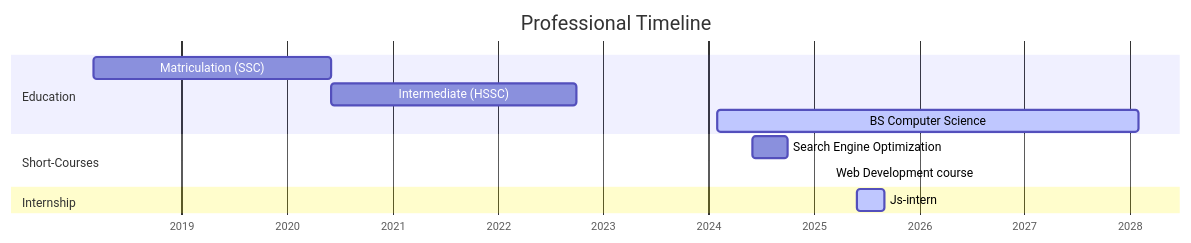
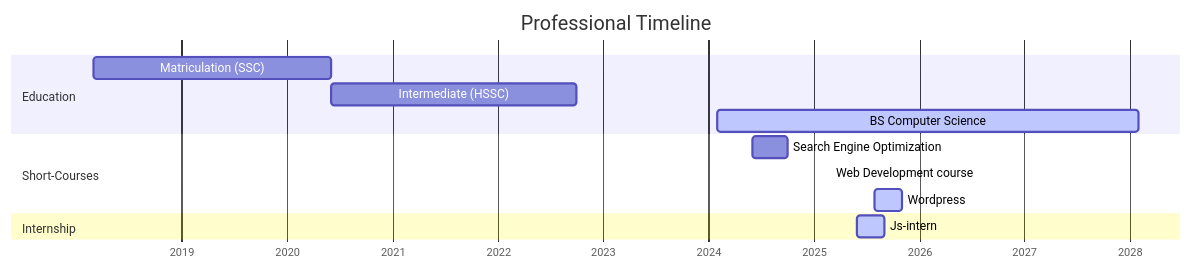
One commit to ahmadubaid061/ahmadubaid061 changed the diagram in README.md. Above: the diagram before and after it, drawn with Mermaid.

Commit message:
added wordpress to shortcouses

````diff
--- a/README.md
+++ b/README.md
@@ -58,20 +58,21 @@
 ```mermaid
 gantt
     title Professional Timeline
     dateFormat  YYYY-MM
     axisFormat %Y
     
     section Education
     Matriculation (SSC) :a1, 2018-03, 2020-06
     Intermediate (HSSC) :a2, after a1, 2022-10
     BS Computer Science :active, a3, 2024-02, 2028-02
     
 
     section Short-Courses
     Search Engine Optimization:a4, 2024-06,2024-10
     Web Development course :a5, 2025-03,2025-6
+    Wordpress :active, a7,2025-08,2025-11
 
     section Internship
     Js-intern  :active, a6,2025-06,2025-09
     
 ```
````
